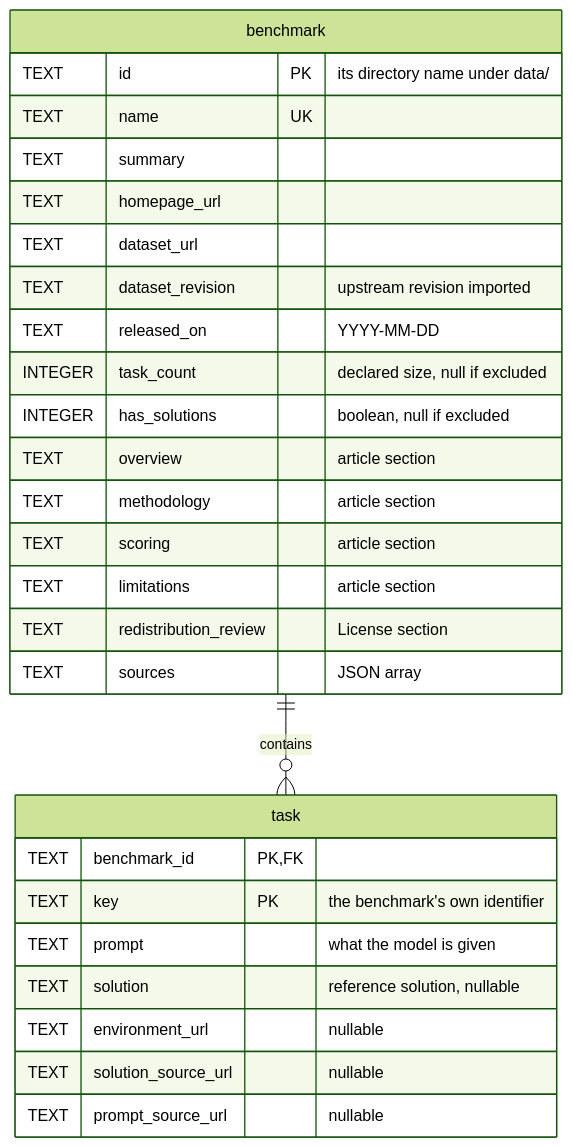
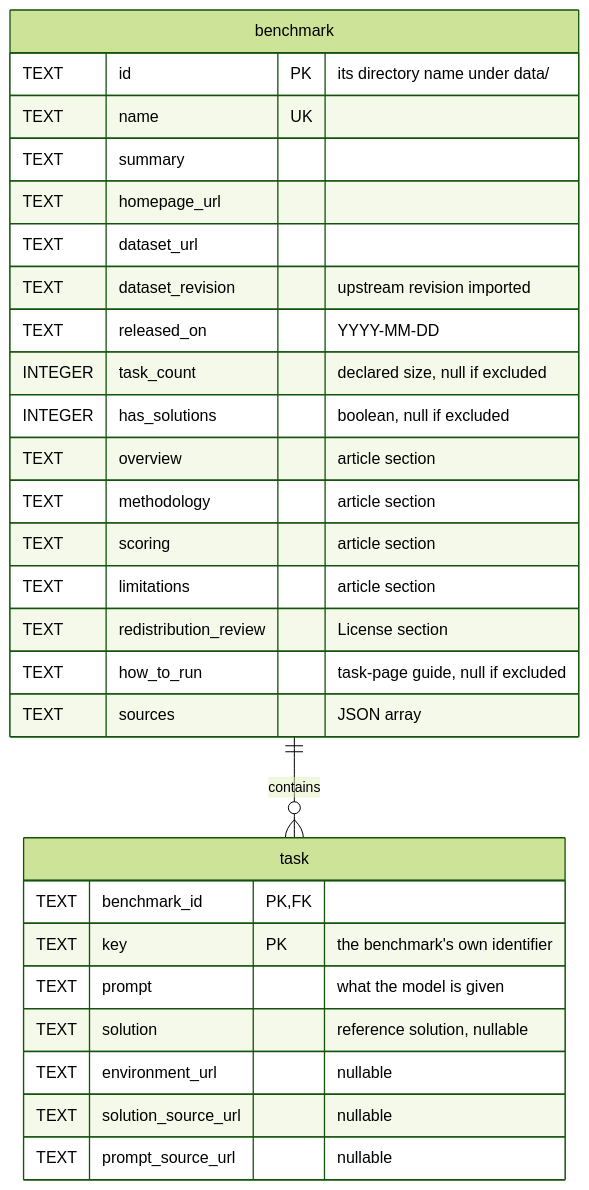
The diagram in README.md (khooeee/benchopedia), drawn with Mermaid (forest theme) before and after one commit. The commit also changed other lines of this file and 50 other files, not shown here.

First line of the commit message:
Add a How to run section to every task page so readers can run and score each task with the benchmark's own evaluation. (#68)

````diff
--- a/README.md
+++ b/README.md
@@ -25,31 +25,32 @@
 ```mermaid
 erDiagram
     benchmark ||--o{ task : contains
 
     benchmark {
         TEXT id PK "its directory name under data/"
         TEXT name UK
         TEXT summary
         TEXT homepage_url
         TEXT dataset_url
         TEXT dataset_revision "upstream revision imported"
         TEXT released_on "YYYY-MM-DD"
         INTEGER task_count "declared size, null if excluded"
         INTEGER has_solutions "boolean, null if excluded"
         TEXT overview "article section"
         TEXT methodology "article section"
         TEXT scoring "article section"
         TEXT limitations "article section"
         TEXT redistribution_review "License section"
+        TEXT how_to_run "task-page guide, null if excluded"
         TEXT sources "JSON array"
     }
     task {
         TEXT benchmark_id PK, FK
         TEXT key PK "the benchmark's own identifier"
         TEXT prompt "what the model is given"
         TEXT solution "reference solution, nullable"
         TEXT environment_url "nullable"
         TEXT solution_source_url "nullable"
         TEXT prompt_source_url "nullable"
     }
 ```
````
